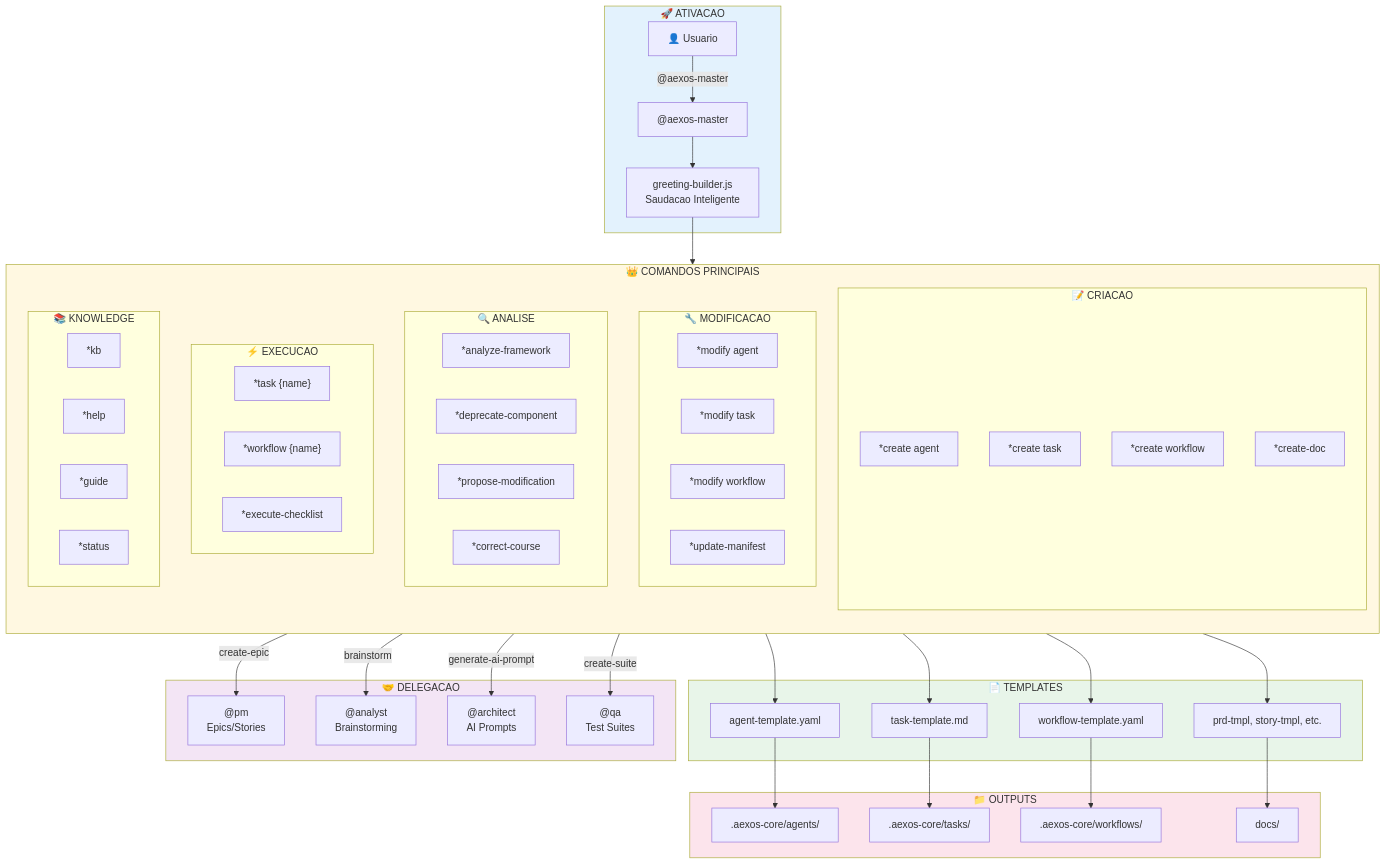
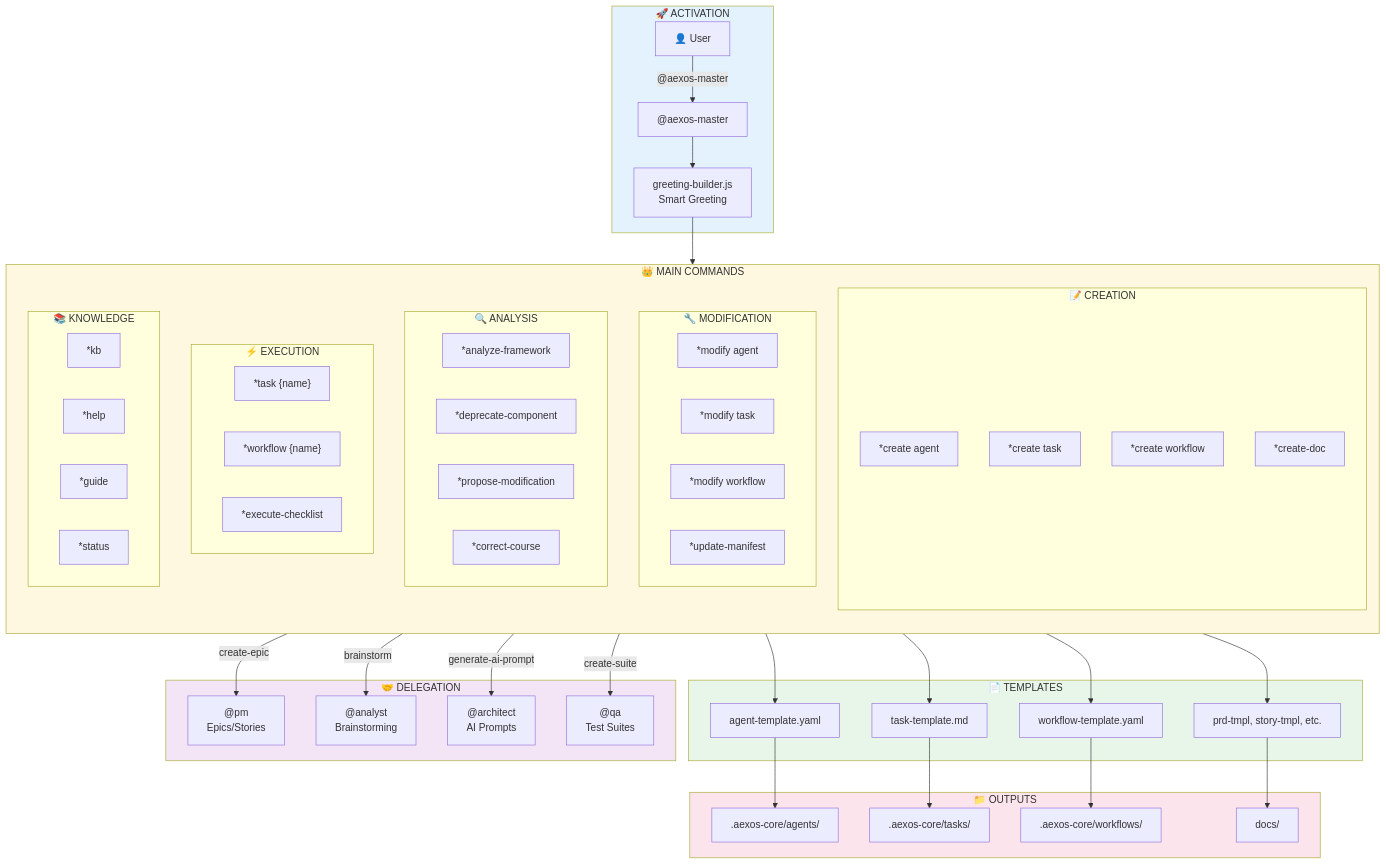
One commit to CyryxLabs/AEXOS changed the first of 3 diagrams in docs/guides/agents/AEXOS-MASTER-SYSTEM.md. Above: the diagram before and after it, drawn with Mermaid. The commit also changed other lines of this file and 528 other files, not shown here.

````diff
--- a/docs/guides/agents/AEXOS-MASTER-SYSTEM.md
+++ b/docs/guides/agents/AEXOS-MASTER-SYSTEM.md
@@ -132,39 +132,39 @@
 ```mermaid
 flowchart TB
-    subgraph ACTIVATION["🚀 ATIVACAO"]
-        USER["👤 Usuario"]
+    subgraph ACTIVATION["🚀 ACTIVATION"]
+        USER["👤 User"]
         ACTIVATE["@aexos-master"]
-        GREETING["greeting-builder.js<br/>Saudacao Inteligente"]
+        GREETING["greeting-builder.js<br/>Smart Greeting"]
     end
 
     USER -->|"@aexos-master"| ACTIVATE
     ACTIVATE --> GREETING
 
-    subgraph COMMANDS["👑 COMANDOS PRINCIPAIS"]
+    subgraph COMMANDS["👑 MAIN COMMANDS"]
         direction TB
 
-        subgraph CREATE["📝 CRIACAO"]
+        subgraph CREATE["📝 CREATION"]
             CREATE_AGENT["*create agent"]
             CREATE_TASK["*create task"]
             CREATE_WORKFLOW["*create workflow"]
             CREATE_DOC["*create-doc"]
         end
 
-        subgraph MODIFY["🔧 MODIFICACAO"]
+        subgraph MODIFY["🔧 MODIFICATION"]
             MOD_AGENT["*modify agent"]
             MOD_TASK["*modify task"]
             MOD_WORKFLOW["*modify workflow"]
             UPDATE_MANIFEST["*update-manifest"]
         end
 
-        subgraph ANALYZE["🔍 ANALISE"]
+        subgraph ANALYZE["🔍 ANALYSIS"]
             ANALYZE_FW["*analyze-framework"]
             DEPRECATE["*deprecate-component"]
             PROPOSE["*propose-modification"]
             CORRECT["*correct-course"]
         end
 
-        subgraph EXECUTE["⚡ EXECUCAO"]
+        subgraph EXECUTE["⚡ EXECUTION"]
             TASK_CMD["*task {name}"]
             WORKFLOW_CMD["*workflow {name}"]
             CHECKLIST["*execute-checklist"]
@@ -204,7 +204,7 @@
     WORKFLOW_TMPL --> WORKFLOWS_DIR
     DOC_TMPLS --> DOCS_DIR
 
-    subgraph DELEGATION["🤝 DELEGACAO"]
+    subgraph DELEGATION["🤝 DELEGATION"]
         PM["@pm<br/>Epics/Stories"]
         ANALYST["@analyst<br/>Brainstorming"]
         ARCHITECT["@architect<br/>AI Prompts"]
````
